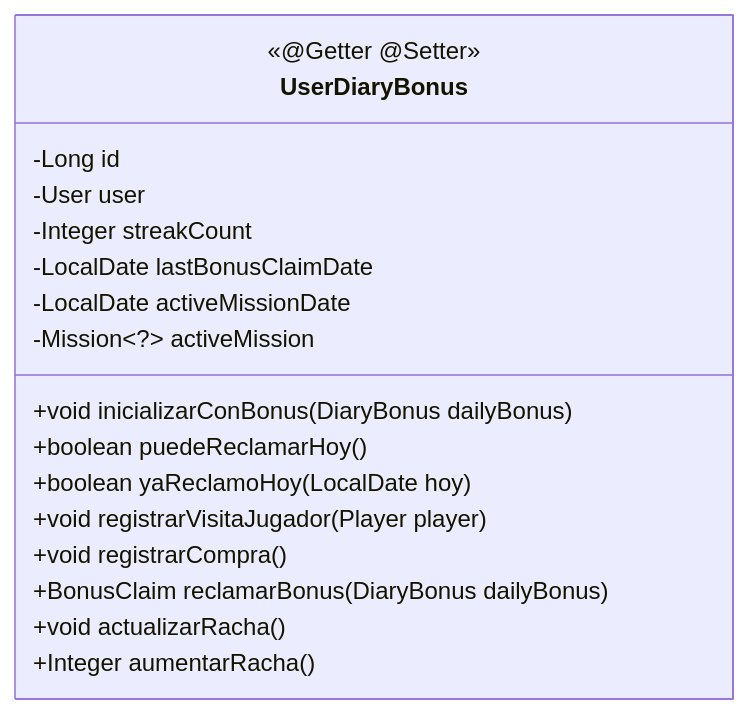
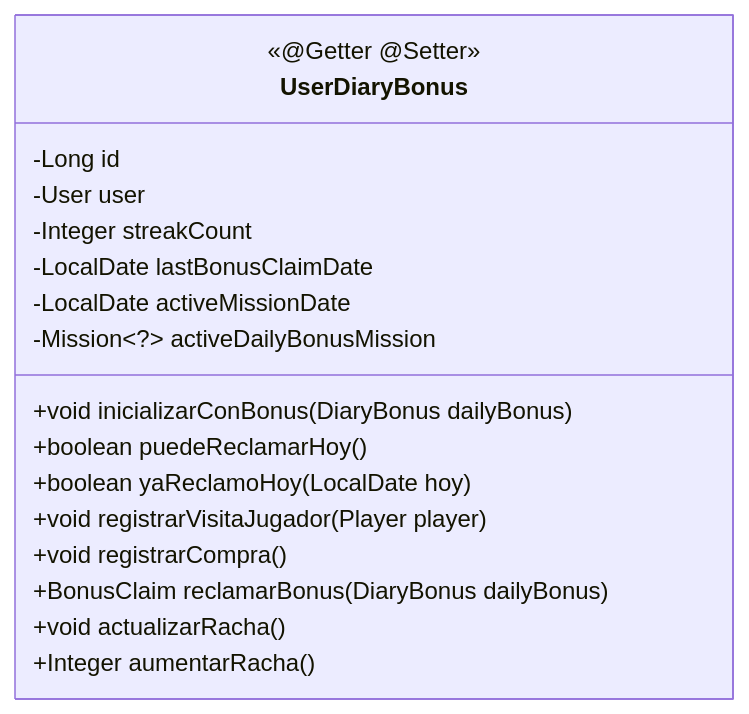
Before and after one commit to Matias-Francisco-Deo/valoracion-mercado-jugadores-de-futbol: the second of 4 diagrams in backend/specs/010-diary-bonus-missions/data-model.md, drawn with Mermaid. The commit also changed other lines of this file and 55 other files, not shown here.

````diff
--- a/backend/specs/010-diary-bonus-missions/data-model.md
+++ b/backend/specs/010-diary-bonus-missions/data-model.md
@@ -70,20 +70,20 @@
 ```mermaid
 classDiagram
     class UserDiaryBonus {
         <<@Getter @Setter>>
         -Long id
         -User user
         -Integer streakCount
         -LocalDate lastBonusClaimDate
         -LocalDate activeMissionDate
-        -Mission~?~ activeMission
+        -Mission~?~ activeDailyBonusMission
         +void inicializarConBonus(DiaryBonus dailyBonus)
         +boolean puedeReclamarHoy()
         +boolean yaReclamoHoy(LocalDate hoy)
         +void registrarVisitaJugador(Player player)
         +void registrarCompra()
         +BonusClaim reclamarBonus(DiaryBonus dailyBonus)
         +void actualizarRacha()
         +Integer aumentarRacha()
     }
 ```
````
